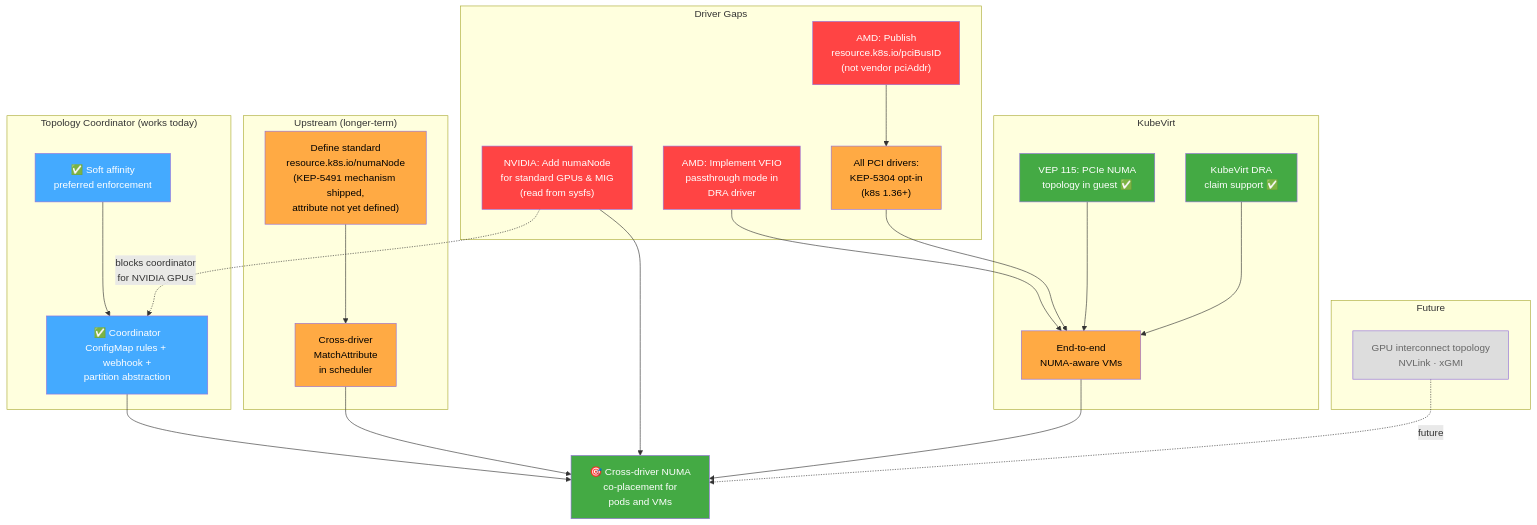
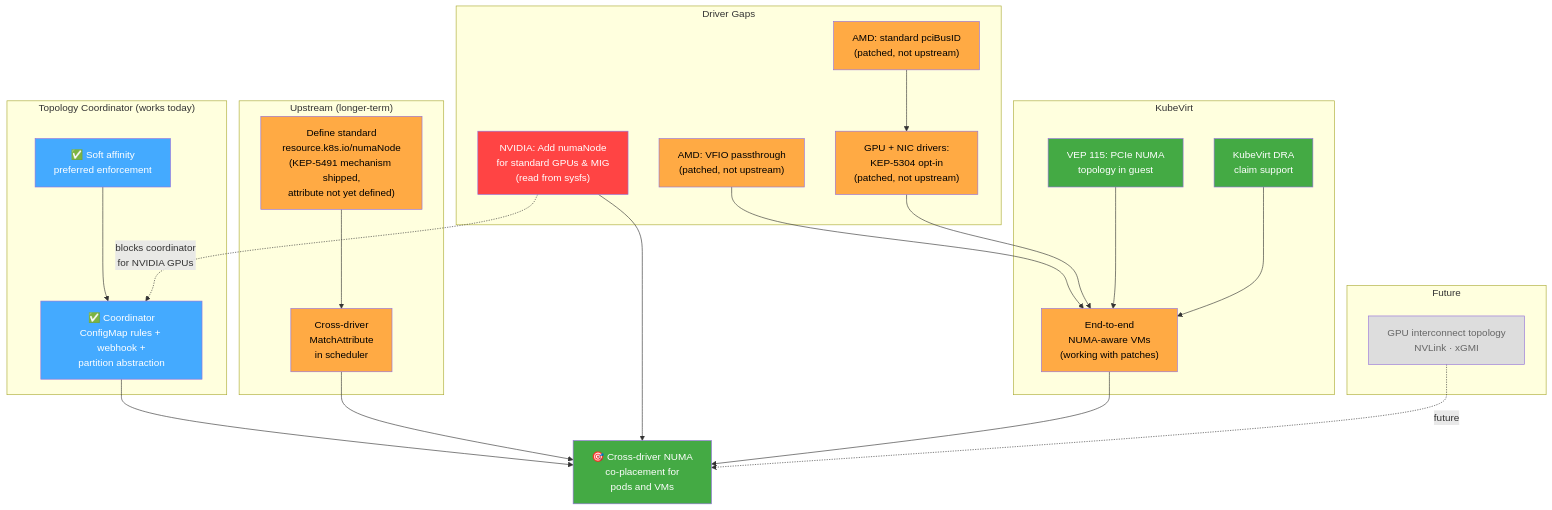
Before and after one commit to johnahull/dra-topology-aware-co-placement: the diagram in README.md, drawn with Mermaid. The commit also changed other lines of this file, not shown here.

````diff
--- a/README.md
+++ b/README.md
@@ -95,62 +95,62 @@
 ```mermaid
 graph TD
     GOAL["🎯 Cross-driver NUMA<br/>co-placement for<br/>pods and VMs"]
 
     subgraph "Topology Coordinator (works today)"
         POC_DONE["✅ Coordinator<br/>ConfigMap rules + webhook +<br/>partition abstraction"]
         SOFT_DONE["✅ Soft affinity<br/>preferred enforcement"]
     end
 
     subgraph "Upstream (longer-term)"
         STD_NUMA["Define standard<br/>resource.k8s.io/numaNode<br/>(KEP-5491 mechanism shipped,<br/>attribute not yet defined)"]
         CROSS_MATCH["Cross-driver<br/>MatchAttribute<br/>in scheduler"]
     end
 
     subgraph "Driver Gaps"
         NVIDIA_NUMA["NVIDIA: Add numaNode<br/>for standard GPUs & MIG<br/>(read from sysfs)"]
-        AMD_VFIO["AMD: Implement VFIO<br/>passthrough mode in<br/>DRA driver"]
-        AMD_PCIBUSID["AMD: Publish<br/>resource.k8s.io/pciBusID<br/>(not vendor pciAddr)"]
-        KEP5304["All PCI drivers:<br/>KEP-5304 opt-in<br/>(k8s 1.36+)"]
+        AMD_VFIO["AMD: VFIO passthrough<br/>(patched, not upstream)"]
+        AMD_PCIBUSID["AMD: standard pciBusID<br/>(patched, not upstream)"]
+        KEP5304["GPU + NIC drivers:<br/>KEP-5304 opt-in<br/>(patched, not upstream)"]
     end
 
     subgraph "KubeVirt"
-        VEP115["VEP 115: PCIe NUMA<br/>topology in guest ✅"]
-        KV_DRA["KubeVirt DRA<br/>claim support ✅"]
-        KV_FULL["End-to-end<br/>NUMA-aware VMs"]
+        VEP115["VEP 115: PCIe NUMA<br/>topology in guest"]
+        KV_DRA["KubeVirt DRA<br/>claim support"]
+        KV_FULL["End-to-end<br/>NUMA-aware VMs<br/>(working with patches)"]
     end
 
     POC_DONE --> GOAL
     SOFT_DONE --> POC_DONE
     STD_NUMA --> CROSS_MATCH
     CROSS_MATCH --> GOAL
 
     NVIDIA_NUMA --> GOAL
     NVIDIA_NUMA -.->|"blocks coordinator<br/>for NVIDIA GPUs"| POC_DONE
     AMD_PCIBUSID --> KEP5304
     AMD_VFIO --> KV_FULL
     KEP5304 --> KV_FULL
 
     VEP115 --> KV_FULL
     KV_DRA --> KV_FULL
     KV_FULL --> GOAL
 
     subgraph "Future"
         GPU_TOPO["GPU interconnect topology<br/>NVLink · xGMI"]
     end
 
     GPU_TOPO -.->|"future"| GOAL
 
     style GOAL fill:#4a4,color:#fff
     style POC_DONE fill:#4af,color:#fff
     style SOFT_DONE fill:#4af,color:#fff
     style VEP115 fill:#4a4,color:#fff
     style KV_DRA fill:#4a4,color:#fff
     style NVIDIA_NUMA fill:#f44,color:#fff
-    style AMD_VFIO fill:#f44,color:#fff
-    style AMD_PCIBUSID fill:#f44,color:#fff
+    style AMD_VFIO fill:#fa4,color:#000
+    style AMD_PCIBUSID fill:#fa4,color:#000
     style KEP5304 fill:#fa4,color:#000
     style STD_NUMA fill:#fa4,color:#000
     style CROSS_MATCH fill:#fa4,color:#000
     style KV_FULL fill:#fa4,color:#000
     style GPU_TOPO fill:#ddd,color:#666
 ```
````
